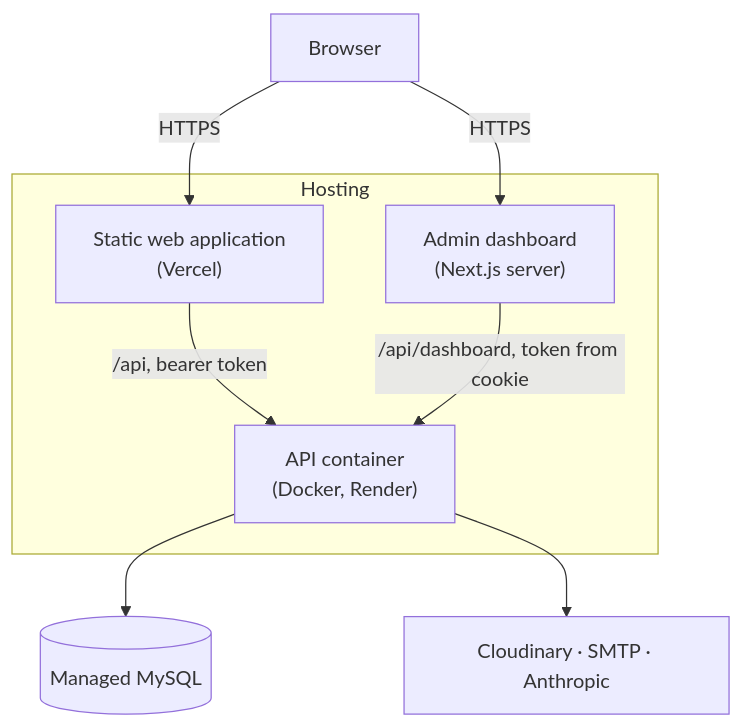
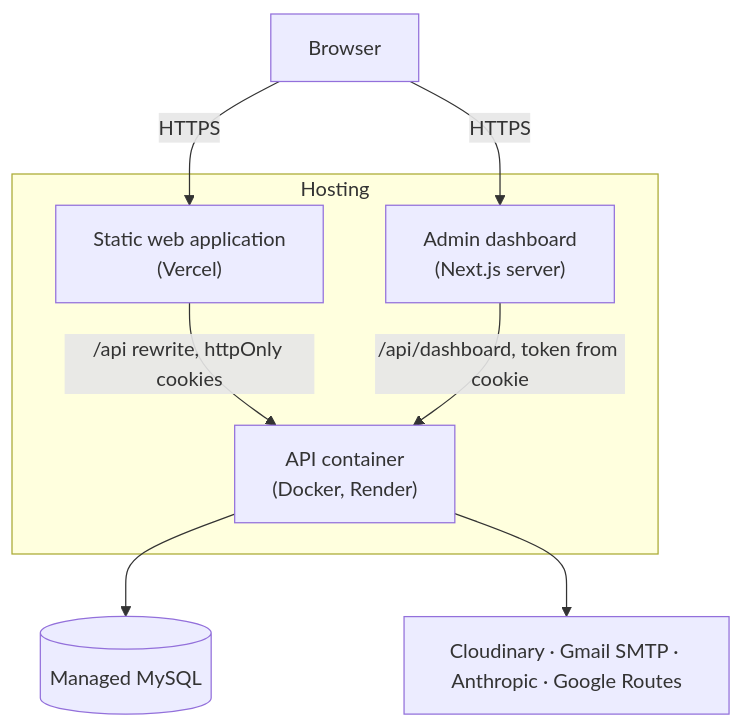
The eighth of 24 diagrams in documentation/Salon-Hup-Project-Documentation.md (ghalebshhab/Salon-hub-backend), drawn with Mermaid before and after one commit. The commit also changed other lines of this file and 1 other file, not shown here.

````diff
--- a/documentation/Salon-Hup-Project-Documentation.md
+++ b/documentation/Salon-Hup-Project-Documentation.md
@@ -692,18 +817,18 @@
 ```mermaid
 flowchart TB
     browser["Browser"]
     subgraph hosting["Hosting"]
         vercel["Static web application<br/>(Vercel)"]
         next["Admin dashboard<br/>(Next.js server)"]
         render["API container<br/>(Docker, Render)"]
     end
     mysql[("Managed MySQL")]
-    ext["Cloudinary · SMTP · Anthropic"]
+    ext["Cloudinary · Gmail SMTP · Anthropic · Google Routes"]
 
     browser -->|"HTTPS"| vercel
     browser -->|"HTTPS"| next
-    vercel -->|"/api, bearer token"| render
+    vercel -->|"/api rewrite, httpOnly cookies"| render
     next -->|"/api/dashboard, token from cookie"| render
     render --> mysql
     render --> ext
 ```
````
